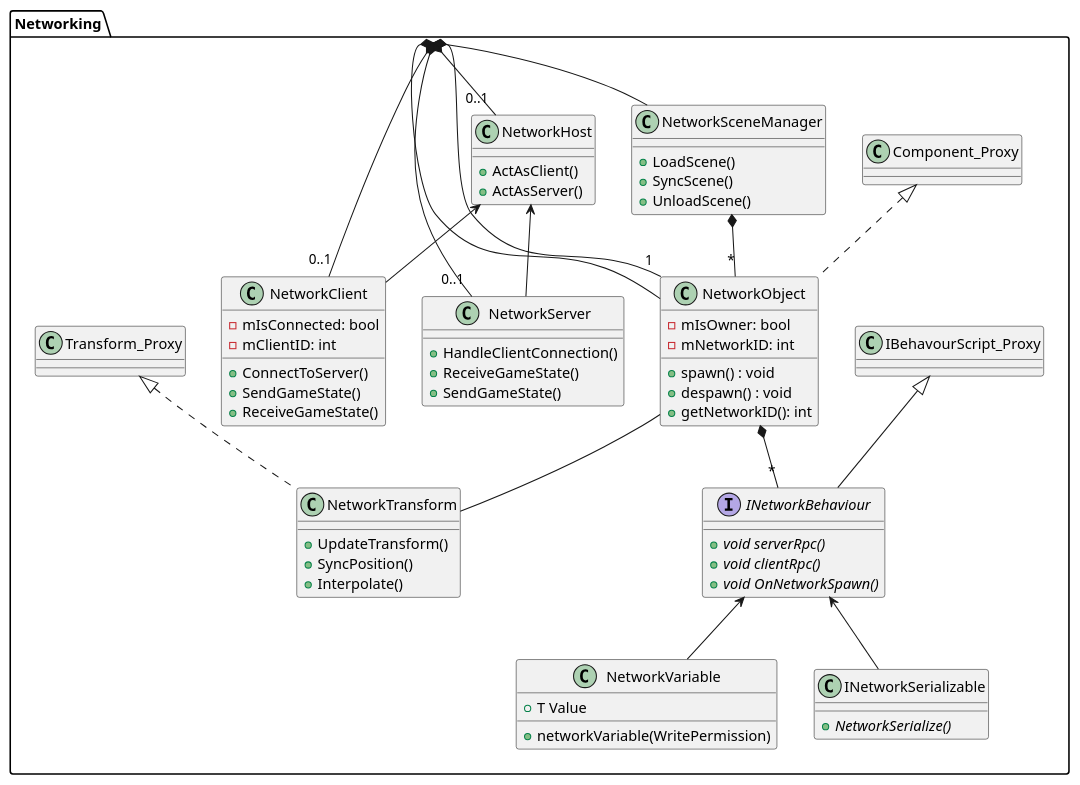
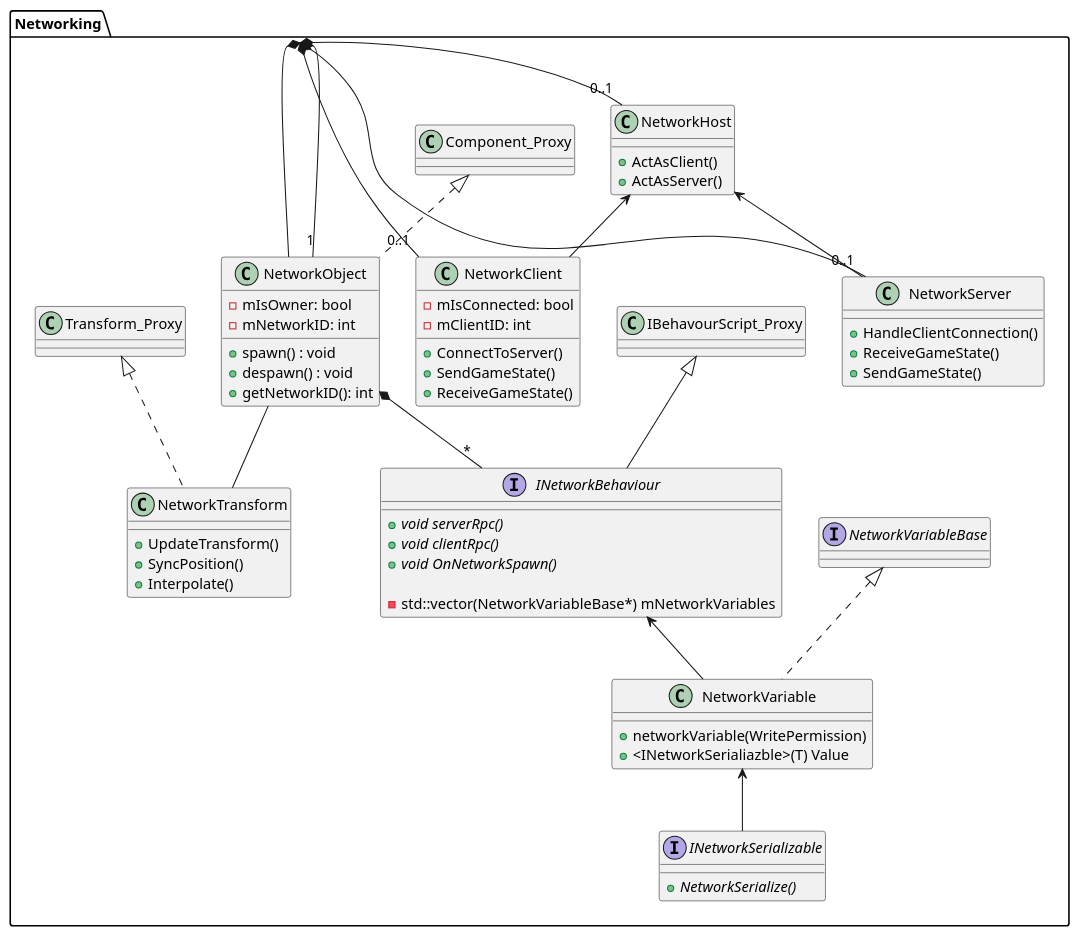
Before and after one commit to Seger01/GameEngine: the diagram in docs/Diagrams/classDiagramPackages/networkingPackage.puml, drawn with PlantUML. The commit also changed 14 other files, not shown here.

```diff
--- a/docs/Diagrams/classDiagramPackages/networkingPackage.puml
+++ b/docs/Diagrams/classDiagramPackages/networkingPackage.puml
@@ -1,128 +1,112 @@
 @startuml NetworkingPackageClassDiagram
 
 package Networking{
 class NetworkObject implements Component_Proxy{
     + spawn() : void
     + despawn() : void
     + getNetworkID(): int
 
     - mIsOwner: bool
     - mNetworkID: int
 }
 
 interface INetworkBehaviour implements IBehavourScript_Proxy{
     + {abstract} void serverRpc()
     + {abstract} void clientRpc()
     + {abstract} void OnNetworkSpawn()
+
+    - std::vector(NetworkVariableBase*) mNetworkVariables
     
 }
 
 ' Template class for network variables
-class NetworkVariable{
+class NetworkVariable implements NetworkVariableBase{
     + networkVariable(WritePermission)
-    + T Value
+    + <INetworkSerialiazble>(T) Value
     
 }
 
 class IBehavourScript_Proxy{}
 
 ' Maybe not needed
 class NetworkTransform implements Transform_Proxy{
     + UpdateTransform()
     + SyncPosition()
     + Interpolate()
 }
 
 class Transform_Proxy{}
 
 class NetworkClient {
     + ConnectToServer()
     + SendGameState()
     + ReceiveGameState()
 
     - mIsConnected: bool
     - mClientID: int
 }
 
 class NetworkServer {
     + HandleClientConnection()
     + ReceiveGameState()
     + SendGameState()
 }
 
 class NetworkHost {
     + ActAsClient()
     + ActAsServer()
 }
 
 ' class NetworkMessage {
 '     + Serialize()
 '     + Deserialize()
 '     + SendMessage()
 '     - mMessageType: string
 ' }
 
-class NetworkSceneManager {
-    + LoadScene()
-    + SyncScene()
-    + UnloadScene()
-}
-
-' class NetworkInputManager {
-'     + CaptureInput()
-'     + SendInput()
-'     + ApplyInputPrediction()
+' class NetworkSceneManager {
+'     + LoadScene()
+'     + SyncScene()
+'     + UnloadScene()
 ' }
 
-' class NetworkReplicationManager {
-'     + ReplicateObjectState()
-'     + SyncWithClients()
-'     + ApplyInterpolation()
-' }
-
-' class AuthorityManager {
-'     + AssignAuthority()
-'     + RequestControl()
-'     - mObjectAuthority: string
-' }
-
-class INetworkSerializable {
+interface INetworkSerializable {
     + {abstract} NetworkSerialize()
     ' + Deserialize()
 }
 
 class Component_Proxy{
 }
 
 ' NetworkManager <-- AuthorityManager
 
 NetworkObject *-- "*" INetworkBehaviour
 NetworkObject -- NetworkTransform
 
 INetworkBehaviour <-- NetworkVariable
-INetworkBehaviour <-- INetworkSerializable
+NetworkVariable <-- INetworkSerializable
 
 ' NetworkClient --> NetworkInputManager
 ' NetworkClient --> NetworkMessage
 ' NetworkClient --> NetworkReplicationManager
 
 ' NetworkServer --> NetworkMessage
 ' NetworkServer --> NetworkReplicationManager
 
 
 NetworkHost <-- NetworkServer
 NetworkHost <-- NetworkClient
 
 ' AuthorityManager <-- NetworkObject
-NetworkSceneManager *-- "*" NetworkObject
+' NetworkSceneManager *-- "*" NetworkObject
 
 }
 
 Networking *-- NetworkObject
 Networking *-- "0..1"NetworkClient
 Networking *-- "0..1"NetworkServer
 Networking *-- "0..1"NetworkHost
-Networking *-- NetworkSceneManager
+' Networking *-- NetworkSceneManager
 Networking *-- "1" NetworkObject
 
 @enduml
```
